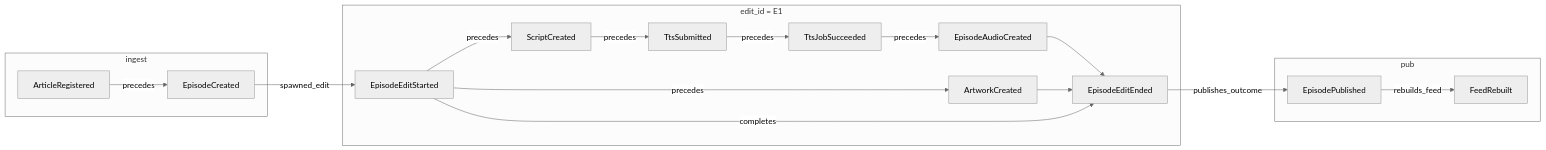
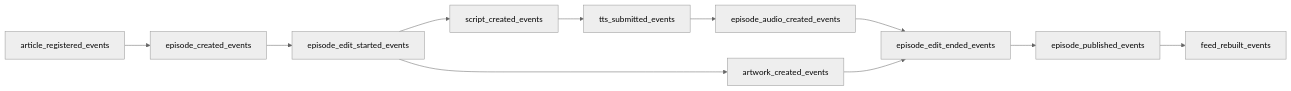
One commit to hskksk/podcaster changed the second of 2 diagrams in docs/architecture/podcast-craft-domain-events.md. Above: the diagram before and after it, drawn with Mermaid (neutral theme). The commit also changed other lines of this file, not shown here.

Commit message:
docs(architecture): update domain events doc for per-type tables

````diff
--- a/docs/architecture/podcast-craft-domain-events.md
+++ b/docs/architecture/podcast-craft-domain-events.md
@@ -172,35 +156,24 @@
 ```mermaid
 flowchart LR
-  subgraph ingest
-    AR[ArticleRegistered]
-    EC[EpisodeCreated]
-  end
+  AR[article_registered_events]
+  EC[episode_created_events]
+  EES[episode_edit_started_events]
+  SC[script_created_events]
+  TS[tts_submitted_events]
+  EAC[episode_audio_created_events]
+  AC[artwork_created_events]
+  EEE[episode_edit_ended_events]
+  EP[episode_published_events]
+  FR[feed_rebuilt_events]
 
-  subgraph edit["edit_id = E1"]
-    EES[EpisodeEditStarted]
-    SC[ScriptCreated]
-    TS[TtsSubmitted]
-    TSS[TtsJobSucceeded]
-    EAC[EpisodeAudioCreated]
-    AC[ArtworkCreated]
-    EEE[EpisodeEditEnded]
-  end
-
-  subgraph pub
-    EP[EpisodePublished]
-    FR[FeedRebuilt]
-  end
-
-  AR -->|precedes| EC
-  EC -->|spawned_edit| EES
-  EES -->|precedes| SC
-  SC -->|precedes| TS
-  TS -->|precedes| TSS
-  TSS -->|precedes| EAC
-  EES -->|precedes| AC
+  AR --> EC
+  EC --> EES
+  EES --> SC
+  SC --> TS
+  TS --> EAC
+  EES --> AC
   EAC --> EEE
   AC --> EEE
-  EES -->|completes| EEE
-  EEE -->|publishes_outcome| EP
-  EP -->|rebuilds_feed| FR
+  EEE --> EP
+  EP --> FR
 ```
````
